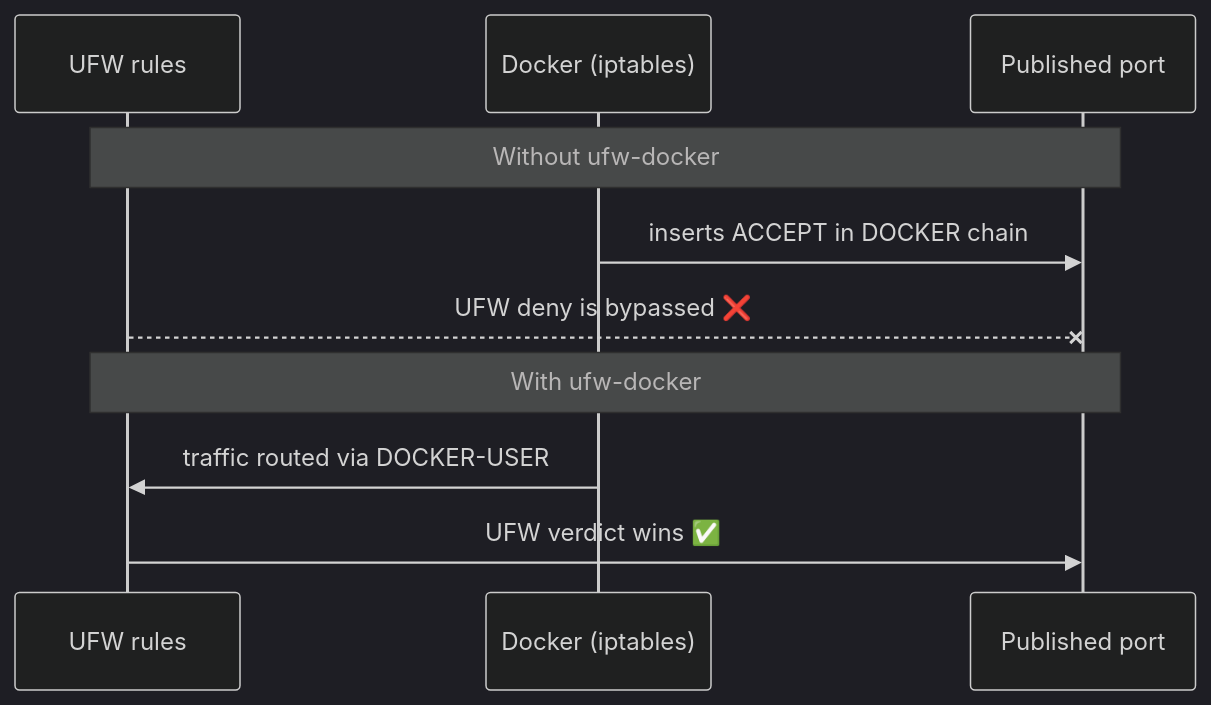
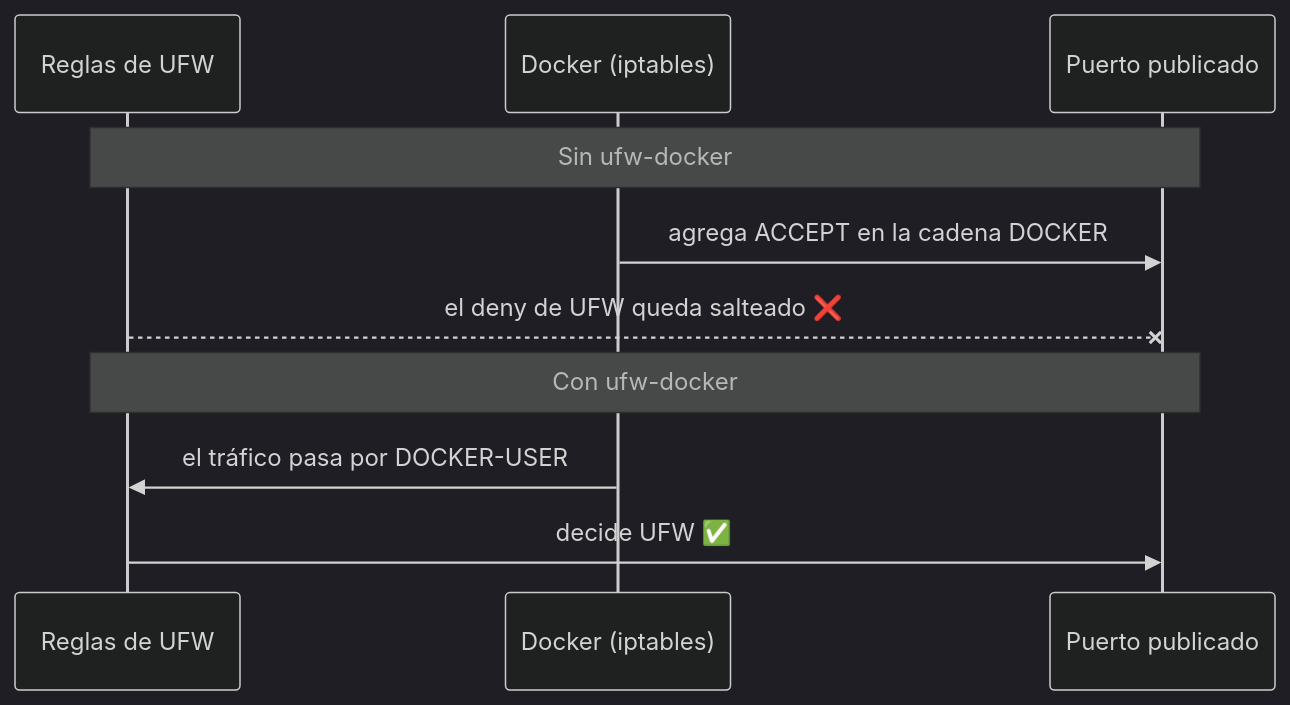
Before and after one commit to resourceldg/homelab: the third of 4 diagrams in docs/architecture.md, drawn with Mermaid (dark theme). The commit also changed other lines of this file and 16 other files, not shown here.

````diff
--- a/docs/architecture.md
+++ b/docs/architecture.md
@@ -95,12 +101,12 @@
 ```mermaid
 sequenceDiagram
-    participant U as UFW rules
+    participant U as Reglas de UFW
     participant D as Docker (iptables)
-    participant P as Published port
-    Note over U,P: Without ufw-docker
-    D->>P: inserts ACCEPT in DOCKER chain
-    U--xP: UFW deny is bypassed ❌
-    Note over U,P: With ufw-docker
-    D->>U: traffic routed via DOCKER-USER
-    U->>P: UFW verdict wins ✅
+    participant P as Puerto publicado
+    Note over U,P: Sin ufw-docker
+    D->>P: agrega ACCEPT en la cadena DOCKER
+    U--xP: el deny de UFW queda salteado ❌
+    Note over U,P: Con ufw-docker
+    D->>U: el tráfico pasa por DOCKER-USER
+    U->>P: decide UFW ✅
 ```
````
